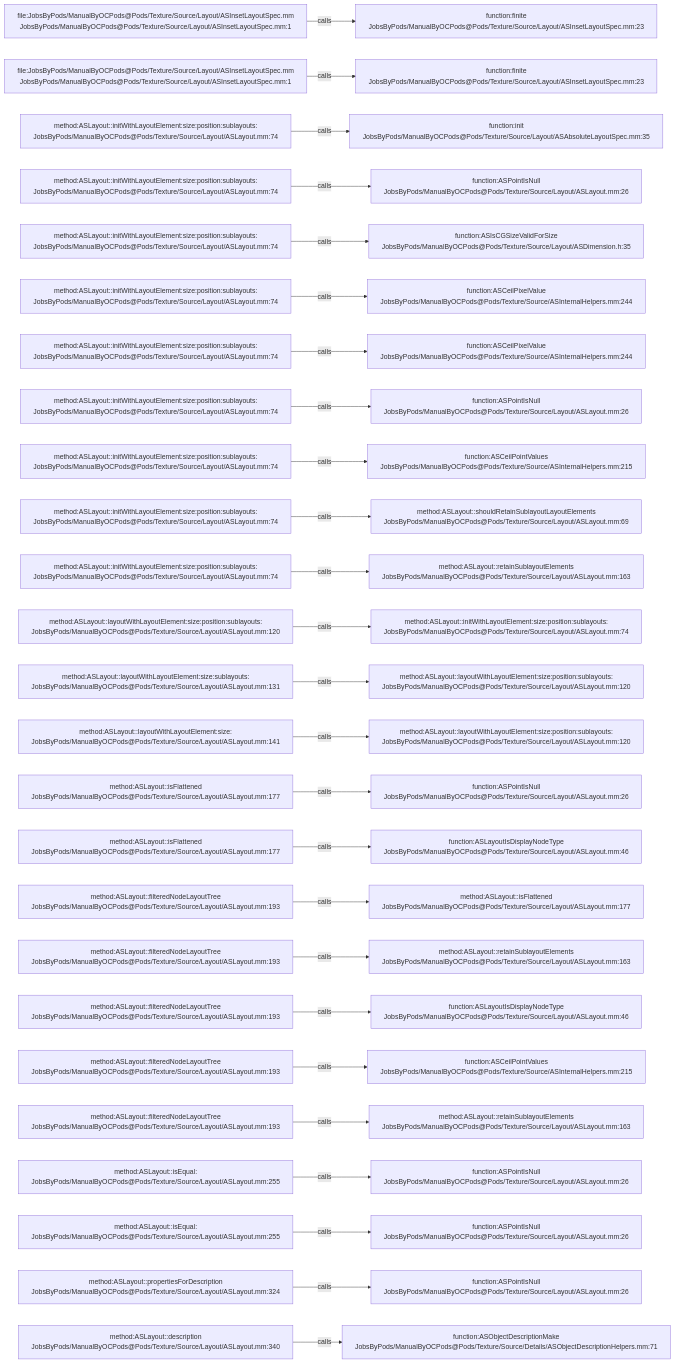
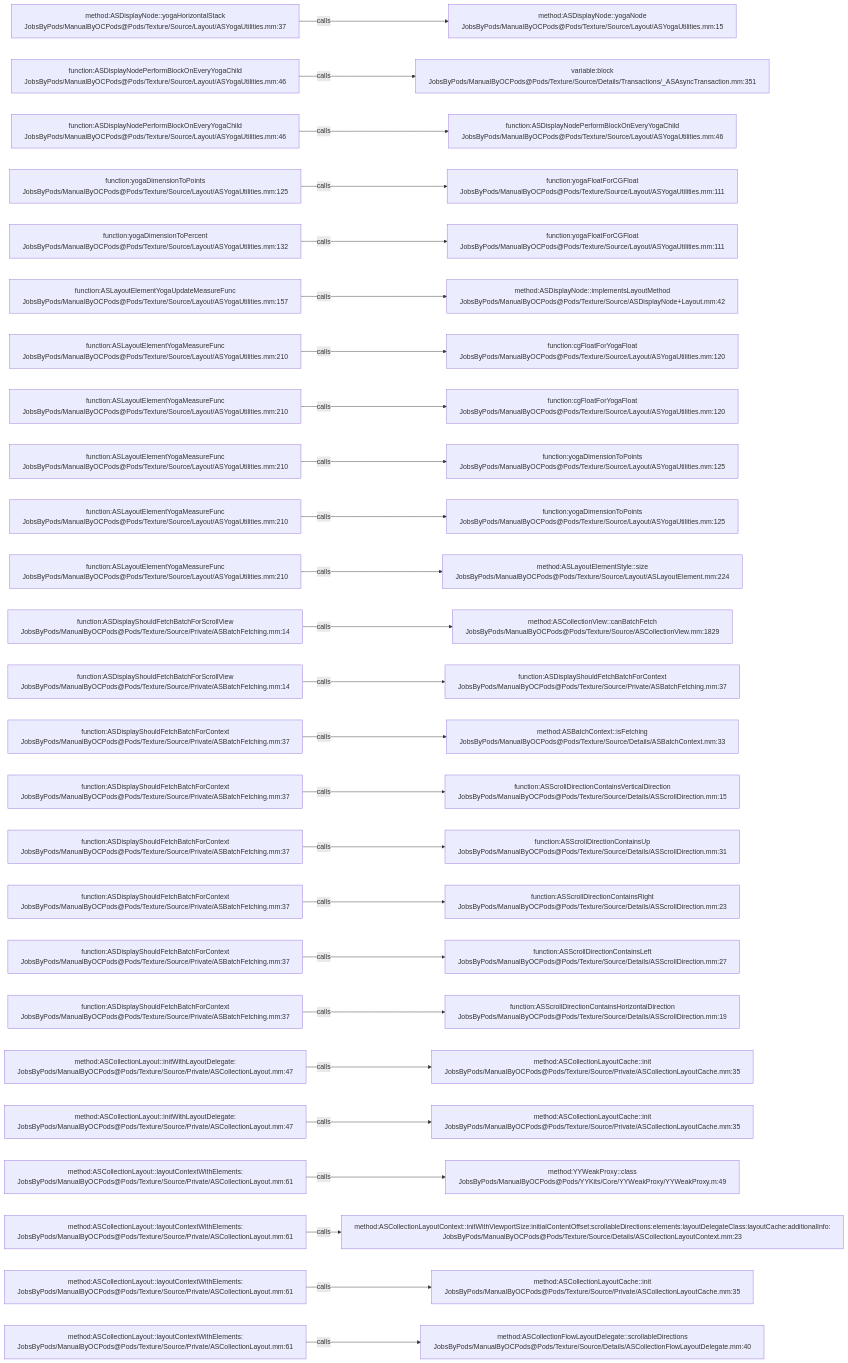
The diagram in .codegraph/codegraph.md/graphs/calls-176.md (JobsKits/JobsOCBaseConfigDemo), drawn with Mermaid before and after one commit. The commit also changed 1448 other files, not shown here.

````diff
--- a/.codegraph/codegraph.md/graphs/calls-176.md
+++ b/.codegraph/codegraph.md/graphs/calls-176.md
@@ -13,78 +13,78 @@
 ```mermaid
 flowchart LR
-  S1["file:JobsByPods/ManualByOCPods@Pods/Texture/Source/Layout/ASInsetLayoutSpec.mm<br/>JobsByPods/ManualByOCPods@Pods/Texture/Source/Layout/ASInsetLayoutSpec.mm:1"]
-  T1["function:finite<br/>JobsByPods/ManualByOCPods@Pods/Texture/Source/Layout/ASInsetLayoutSpec.mm:23"]
+  S1["method:ASDisplayNode::yogaHorizontalStack<br/>JobsByPods/ManualByOCPods@Pods/Texture/Source/Layout/ASYogaUtilities.mm:37"]
+  T1["method:ASDisplayNode::yogaNode<br/>JobsByPods/ManualByOCPods@Pods/Texture/Source/Layout/ASYogaUtilities.mm:15"]
   S1 -->|calls| T1
-  S2["file:JobsByPods/ManualByOCPods@Pods/Texture/Source/Layout/ASInsetLayoutSpec.mm<br/>JobsByPods/ManualByOCPods@Pods/Texture/Source/Layout/ASInsetLayoutSpec.mm:1"]
-  T2["function:finite<br/>JobsByPods/ManualByOCPods@Pods/Texture/Source/Layout/ASInsetLayoutSpec.mm:23"]
+  S2["function:ASDisplayNodePerformBlockOnEveryYogaChild<br/>JobsByPods/ManualByOCPods@Pods/Texture/Source/Layout/ASYogaUtilities.mm:46"]
+  T2["variable:block<br/>JobsByPods/ManualByOCPods@Pods/Texture/Source/Details/Transactions/_ASAsyncTransaction.mm:351"]
   S2 -->|calls| T2
-  S3["method:ASLayout::initWithLayoutElement:size:position:sublayouts:<br/>JobsByPods/ManualByOCPods@Pods/Texture/Source/Layout/ASLayout.mm:74"]
-  T3["function:init<br/>JobsByPods/ManualByOCPods@Pods/Texture/Source/Layout/ASAbsoluteLayoutSpec.mm:35"]
+  S3["function:ASDisplayNodePerformBlockOnEveryYogaChild<br/>JobsByPods/ManualByOCPods@Pods/Texture/Source/Layout/ASYogaUtilities.mm:46"]
+  T3["function:ASDisplayNodePerformBlockOnEveryYogaChild<br/>JobsByPods/ManualByOCPods@Pods/Texture/Source/Layout/ASYogaUtilities.mm:46"]
   S3 -->|calls| T3
-  S4["method:ASLayout::initWithLayoutElement:size:position:sublayouts:<br/>JobsByPods/ManualByOCPods@Pods/Texture/Source/Layout/ASLayout.mm:74"]
-  T4["function:ASPointIsNull<br/>JobsByPods/ManualByOCPods@Pods/Texture/Source/Layout/ASLayout.mm:26"]
+  S4["function:yogaDimensionToPoints<br/>JobsByPods/ManualByOCPods@Pods/Texture/Source/Layout/ASYogaUtilities.mm:125"]
+  T4["function:yogaFloatForCGFloat<br/>JobsByPods/ManualByOCPods@Pods/Texture/Source/Layout/ASYogaUtilities.mm:111"]
   S4 -->|calls| T4
-  S5["method:ASLayout::initWithLayoutElement:size:position:sublayouts:<br/>JobsByPods/ManualByOCPods@Pods/Texture/Source/Layout/ASLayout.mm:74"]
-  T5["function:ASIsCGSizeValidForSize<br/>JobsByPods/ManualByOCPods@Pods/Texture/Source/Layout/ASDimension.h:35"]
+  S5["function:yogaDimensionToPercent<br/>JobsByPods/ManualByOCPods@Pods/Texture/Source/Layout/ASYogaUtilities.mm:132"]
+  T5["function:yogaFloatForCGFloat<br/>JobsByPods/ManualByOCPods@Pods/Texture/Source/Layout/ASYogaUtilities.mm:111"]
   S5 -->|calls| T5
-  S6["method:ASLayout::initWithLayoutElement:size:position:sublayouts:<br/>JobsByPods/ManualByOCPods@Pods/Texture/Source/Layout/ASLayout.mm:74"]
-  T6["function:ASCeilPixelValue<br/>JobsByPods/ManualByOCPods@Pods/Texture/Source/ASInternalHelpers.mm:244"]
+  S6["function:ASLayoutElementYogaUpdateMeasureFunc<br/>JobsByPods/ManualByOCPods@Pods/Texture/Source/Layout/ASYogaUtilities.mm:157"]
+  T6["method:ASDisplayNode::implementsLayoutMethod<br/>JobsByPods/ManualByOCPods@Pods/Texture/Source/ASDisplayNode+Layout.mm:42"]
   S6 -->|calls| T6
-  S7["method:ASLayout::initWithLayoutElement:size:position:sublayouts:<br/>JobsByPods/ManualByOCPods@Pods/Texture/Source/Layout/ASLayout.mm:74"]
-  T7["function:ASCeilPixelValue<br/>JobsByPods/ManualByOCPods@Pods/Texture/Source/ASInternalHelpers.mm:244"]
+  S7["function:ASLayoutElementYogaMeasureFunc<br/>JobsByPods/ManualByOCPods@Pods/Texture/Source/Layout/ASYogaUtilities.mm:210"]
+  T7["function:cgFloatForYogaFloat<br/>JobsByPods/ManualByOCPods@Pods/Texture/Source/Layout/ASYogaUtilities.mm:120"]
   S7 -->|calls| T7
-  S8["method:ASLayout::initWithLayoutElement:size:position:sublayouts:<br/>JobsByPods/ManualByOCPods@Pods/Texture/Source/Layout/ASLayout.mm:74"]
-  T8["function:ASPointIsNull<br/>JobsByPods/ManualByOCPods@Pods/Texture/Source/Layout/ASLayout.mm:26"]
+  S8["function:ASLayoutElementYogaMeasureFunc<br/>JobsByPods/ManualByOCPods@Pods/Texture/Source/Layout/ASYogaUtilities.mm:210"]
+  T8["function:cgFloatForYogaFloat<br/>JobsByPods/ManualByOCPods@Pods/Texture/Source/Layout/ASYogaUtilities.mm:120"]
   S8 -->|calls| T8
-  S9["method:ASLayout::initWithLayoutElement:size:position:sublayouts:<br/>JobsByPods/ManualByOCPods@Pods/Texture/Source/Layout/ASLayout.mm:74"]
-  T9["function:ASCeilPointValues<br/>JobsByPods/ManualByOCPods@Pods/Texture/Source/ASInternalHelpers.mm:215"]
+  S9["function:ASLayoutElementYogaMeasureFunc<br/>JobsByPods/ManualByOCPods@Pods/Texture/Source/Layout/ASYogaUtilities.mm:210"]
+  T9["function:yogaDimensionToPoints<br/>JobsByPods/ManualByOCPods@Pods/Texture/Source/Layout/ASYogaUtilities.mm:125"]
   S9 -->|calls| T9
-  S10["method:ASLayout::initWithLayoutElement:size:position:sublayouts:<br/>JobsByPods/ManualByOCPods@Pods/Texture/Source/Layout/ASLayout.mm:74"]
-  T10["method:ASLayout::shouldRetainSublayoutLayoutElements<br/>JobsByPods/ManualByOCPods@Pods/Texture/Source/Layout/ASLayout.mm:69"]
+  S10["function:ASLayoutElementYogaMeasureFunc<br/>JobsByPods/ManualByOCPods@Pods/Texture/Source/Layout/ASYogaUtilities.mm:210"]
+  T10["function:yogaDimensionToPoints<br/>JobsByPods/ManualByOCPods@Pods/Texture/Source/Layout/ASYogaUtilities.mm:125"]
   S10 -->|calls| T10
-  S11["method:ASLayout::initWithLayoutElement:size:position:sublayouts:<br/>JobsByPods/ManualByOCPods@Pods/Texture/Source/Layout/ASLayout.mm:74"]
-  T11["method:ASLayout::retainSublayoutElements<br/>JobsByPods/ManualByOCPods@Pods/Texture/Source/Layout/ASLayout.mm:163"]
+  S11["function:ASLayoutElementYogaMeasureFunc<br/>JobsByPods/ManualByOCPods@Pods/Texture/Source/Layout/ASYogaUtilities.mm:210"]
+  T11["method:ASLayoutElementStyle::size<br/>JobsByPods/ManualByOCPods@Pods/Texture/Source/Layout/ASLayoutElement.mm:224"]
   S11 -->|calls| T11
-  S12["method:ASLayout::layoutWithLayoutElement:size:position:sublayouts:<br/>JobsByPods/ManualByOCPods@Pods/Texture/Source/Layout/ASLayout.mm:120"]
-  T12["method:ASLayout::initWithLayoutElement:size:position:sublayouts:<br/>JobsByPods/ManualByOCPods@Pods/Texture/Source/Layout/ASLayout.mm:74"]
+  S12["function:ASDisplayShouldFetchBatchForScrollView<br/>JobsByPods/ManualByOCPods@Pods/Texture/Source/Private/ASBatchFetching.mm:14"]
+  T12["method:ASCollectionView::canBatchFetch<br/>JobsByPods/ManualByOCPods@Pods/Texture/Source/ASCollectionView.mm:1829"]
   S12 -->|calls| T12
-  S13["method:ASLayout::layoutWithLayoutElement:size:sublayouts:<br/>JobsByPods/ManualByOCPods@Pods/Texture/Source/Layout/ASLayout.mm:131"]
-  T13["method:ASLayout::layoutWithLayoutElement:size:position:sublayouts:<br/>JobsByPods/ManualByOCPods@Pods/Texture/Source/Layout/ASLayout.mm:120"]
+  S13["function:ASDisplayShouldFetchBatchForScrollView<br/>JobsByPods/ManualByOCPods@Pods/Texture/Source/Private/ASBatchFetching.mm:14"]
+  T13["function:ASDisplayShouldFetchBatchForContext<br/>JobsByPods/ManualByOCPods@Pods/Texture/Source/Private/ASBatchFetching.mm:37"]
   S13 -->|calls| T13
-  S14["method:ASLayout::layoutWithLayoutElement:size:<br/>JobsByPods/ManualByOCPods@Pods/Texture/Source/Layout/ASLayout.mm:141"]
-  T14["method:ASLayout::layoutWithLayoutElement:size:position:sublayouts:<br/>JobsByPods/ManualByOCPods@Pods/Texture/Source/Layout/ASLayout.mm:120"]
+  S14["function:ASDisplayShouldFetchBatchForContext<br/>JobsByPods/ManualByOCPods@Pods/Texture/Source/Private/ASBatchFetching.mm:37"]
+  T14["method:ASBatchContext::isFetching<br/>JobsByPods/ManualByOCPods@Pods/Texture/Source/Details/ASBatchContext.mm:33"]
   S14 -->|calls| T14
-  S15["method:ASLayout::isFlattened<br/>JobsByPods/ManualByOCPods@Pods/Texture/Source/Layout/ASLayout.mm:177"]
-  T15["function:ASPointIsNull<br/>JobsByPods/ManualByOCPods@Pods/Texture/Source/Layout/ASLayout.mm:26"]
+  S15["function:ASDisplayShouldFetchBatchForContext<br/>JobsByPods/ManualByOCPods@Pods/Texture/Source/Private/ASBatchFetching.mm:37"]
+  T15["function:ASScrollDirectionContainsVerticalDirection<br/>JobsByPods/ManualByOCPods@Pods/Texture/Source/Details/ASScrollDirection.mm:15"]
   S15 -->|calls| T15
-  S16["method:ASLayout::isFlattened<br/>JobsByPods/ManualByOCPods@Pods/Texture/Source/Layout/ASLayout.mm:177"]
-  T16["function:ASLayoutIsDisplayNodeType<br/>JobsByPods/ManualByOCPods@Pods/Texture/Source/Layout/ASLayout.mm:46"]
+  S16["function:ASDisplayShouldFetchBatchForContext<br/>JobsByPods/ManualByOCPods@Pods/Texture/Source/Private/ASBatchFetching.mm:37"]
+  T16["function:ASScrollDirectionContainsUp<br/>JobsByPods/ManualByOCPods@Pods/Texture/Source/Details/ASScrollDirection.mm:31"]
   S16 -->|calls| T16
-  S17["method:ASLayout::filteredNodeLayoutTree<br/>JobsByPods/ManualByOCPods@Pods/Texture/Source/Layout/ASLayout.mm:193"]
-  T17["method:ASLayout::isFlattened<br/>JobsByPods/ManualByOCPods@Pods/Texture/Source/Layout/ASLayout.mm:177"]
+  S17["function:ASDisplayShouldFetchBatchForContext<br/>JobsByPods/ManualByOCPods@Pods/Texture/Source/Private/ASBatchFetching.mm:37"]
+  T17["function:ASScrollDirectionContainsRight<br/>JobsByPods/ManualByOCPods@Pods/Texture/Source/Details/ASScrollDirection.mm:23"]
   S17 -->|calls| T17
-  S18["method:ASLayout::filteredNodeLayoutTree<br/>JobsByPods/ManualByOCPods@Pods/Texture/Source/Layout/ASLayout.mm:193"]
-  T18["method:ASLayout::retainSublayoutElements<br/>JobsByPods/ManualByOCPods@Pods/Texture/Source/Layout/ASLayout.mm:163"]
+  S18["function:ASDisplayShouldFetchBatchForContext<br/>JobsByPods/ManualByOCPods@Pods/Texture/Source/Private/ASBatchFetching.mm:37"]
+  T18["function:ASScrollDirectionContainsLeft<br/>JobsByPods/ManualByOCPods@Pods/Texture/Source/Details/ASScrollDirection.mm:27"]
   S18 -->|calls| T18
-  S19["method:ASLayout::filteredNodeLayoutTree<br/>JobsByPods/ManualByOCPods@Pods/Texture/Source/Layout/ASLayout.mm:193"]
-  T19["function:ASLayoutIsDisplayNodeType<br/>JobsByPods/ManualByOCPods@Pods/Texture/Source/Layout/ASLayout.mm:46"]
+  S19["function:ASDisplayShouldFetchBatchForContext<br/>JobsByPods/ManualByOCPods@Pods/Texture/Source/Private/ASBatchFetching.mm:37"]
+  T19["function:ASScrollDirectionContainsHorizontalDirection<br/>JobsByPods/ManualByOCPods@Pods/Texture/Source/Details/ASScrollDirection.mm:19"]
   S19 -->|calls| T19
-  S20["method:ASLayout::filteredNodeLayoutTree<br/>JobsByPods/ManualByOCPods@Pods/Texture/Source/Layout/ASLayout.mm:193"]
-  T20["function:ASCeilPointValues<br/>JobsByPods/ManualByOCPods@Pods/Texture/Source/ASInternalHelpers.mm:215"]
+  S20["method:ASCollectionLayout::initWithLayoutDelegate:<br/>JobsByPods/ManualByOCPods@Pods/Texture/Source/Private/ASCollectionLayout.mm:47"]
+  T20["method:ASCollectionLayoutCache::init<br/>JobsByPods/ManualByOCPods@Pods/Texture/Source/Private/ASCollectionLayoutCache.mm:35"]
   S20 -->|calls| T20
-  S21["method:ASLayout::filteredNodeLayoutTree<br/>JobsByPods/ManualByOCPods@Pods/Texture/Source/Layout/ASLayout.mm:193"]
-  T21["method:ASLayout::retainSublayoutElements<br/>JobsByPods/ManualByOCPods@Pods/Texture/Source/Layout/ASLayout.mm:163"]
+  S21["method:ASCollectionLayout::initWithLayoutDelegate:<br/>JobsByPods/ManualByOCPods@Pods/Texture/Source/Private/ASCollectionLayout.mm:47"]
+  T21["method:ASCollectionLayoutCache::init<br/>JobsByPods/ManualByOCPods@Pods/Texture/Source/Private/ASCollectionLayoutCache.mm:35"]
   S21 -->|calls| T21
-  S22["method:ASLayout::isEqual:<br/>JobsByPods/ManualByOCPods@Pods/Texture/Source/Layout/ASLayout.mm:255"]
-  T22["function:ASPointIsNull<br/>JobsByPods/ManualByOCPods@Pods/Texture/Source/Layout/ASLayout.mm:26"]
+  S22["method:ASCollectionLayout::layoutContextWithElements:<br/>JobsByPods/ManualByOCPods@Pods/Texture/Source/Private/ASCollectionLayout.mm:61"]
+  T22["method:YYWeakProxy::class<br/>JobsByPods/ManualByOCPods@Pods/YYKits/Core/YYWeakProxy/YYWeakProxy.m:49"]
   S22 -->|calls| T22
-  S23["method:ASLayout::isEqual:<br/>JobsByPods/ManualByOCPods@Pods/Texture/Source/Layout/ASLayout.mm:255"]
-  T23["function:ASPointIsNull<br/>JobsByPods/ManualByOCPods@Pods/Texture/Source/Layout/ASLayout.mm:26"]
+  S23["method:ASCollectionLayout::layoutContextWithElements:<br/>JobsByPods/ManualByOCPods@Pods/Texture/Source/Private/ASCollectionLayout.mm:61"]
+  T23["method:ASCollectionLayoutContext::initWithViewportSize:initialContentOffset:scrollableDirections:elements:layoutDelegateClass:layoutCache:additionalInfo:<br/>JobsByPods/ManualByOCPods@Pods/Texture/Source/Details/ASCollectionLayoutContext.mm:23"]
   S23 -->|calls| T23
-  S24["method:ASLayout::propertiesForDescription<br/>JobsByPods/ManualByOCPods@Pods/Texture/Source/Layout/ASLayout.mm:324"]
-  T24["function:ASPointIsNull<br/>JobsByPods/ManualByOCPods@Pods/Texture/Source/Layout/ASLayout.mm:26"]
+  S24["method:ASCollectionLayout::layoutContextWithElements:<br/>JobsByPods/ManualByOCPods@Pods/Texture/Source/Private/ASCollectionLayout.mm:61"]
+  T24["method:ASCollectionLayoutCache::init<br/>JobsByPods/ManualByOCPods@Pods/Texture/Source/Private/ASCollectionLayoutCache.mm:35"]
   S24 -->|calls| T24
-  S25["method:ASLayout::description<br/>JobsByPods/ManualByOCPods@Pods/Texture/Source/Layout/ASLayout.mm:340"]
-  T25["function:ASObjectDescriptionMake<br/>JobsByPods/ManualByOCPods@Pods/Texture/Source/Details/ASObjectDescriptionHelpers.mm:71"]
+  S25["method:ASCollectionLayout::layoutContextWithElements:<br/>JobsByPods/ManualByOCPods@Pods/Texture/Source/Private/ASCollectionLayout.mm:61"]
+  T25["method:ASCollectionFlowLayoutDelegate::scrollableDirections<br/>JobsByPods/ManualByOCPods@Pods/Texture/Source/Details/ASCollectionFlowLayoutDelegate.mm:40"]
   S25 -->|calls| T25
 ```
````
